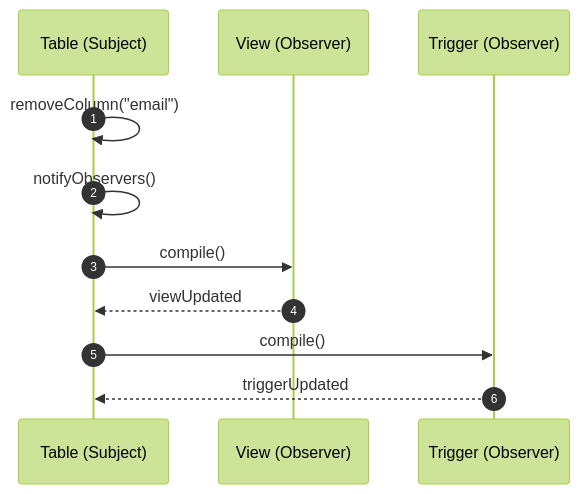
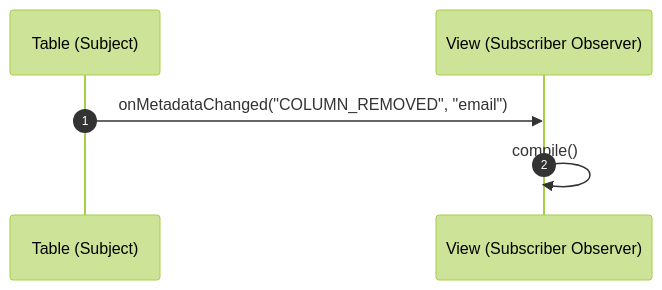
Before and after one commit to Dikhang1112/Database_Management_BBV: diagram 15 of 15 in docs/design_patterns/metadata/Sequece.md, drawn with Mermaid (forest theme). The commit also changed other lines of this file and 2 other files, not shown here.

Commit message:
Refactor class diagram follow desgin pattern and document

````diff
--- a/docs/design_patterns/metadata/Sequece.md
+++ b/docs/design_patterns/metadata/Sequece.md
@@ -411,14 +361,9 @@
 ```mermaid
 sequenceDiagram
     autonumber
     participant Table as Table (Subject)
-    participant View as View (Observer)
-    participant Trigger as Trigger (Observer)
+    participant View as View (Subscriber Observer)
 
-    Table->>Table: removeColumn("email")
-    Table->>Table: notifyObservers()
-    Table->>View: compile()
-    View-->>Table: viewUpdated
-    Table->>Trigger: compile()
-    Trigger-->>Table: triggerUpdated
+    Table->>View: onMetadataChanged("COLUMN_REMOVED", "email")
+    View->>View: compile()
 ```
````
